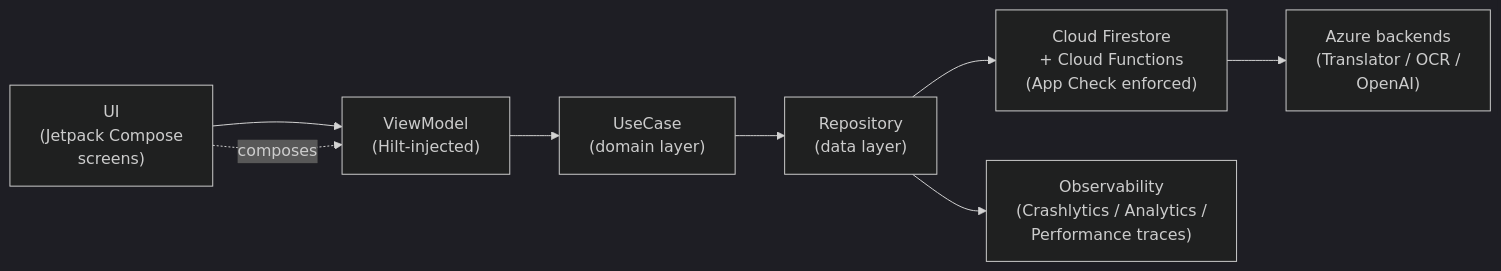
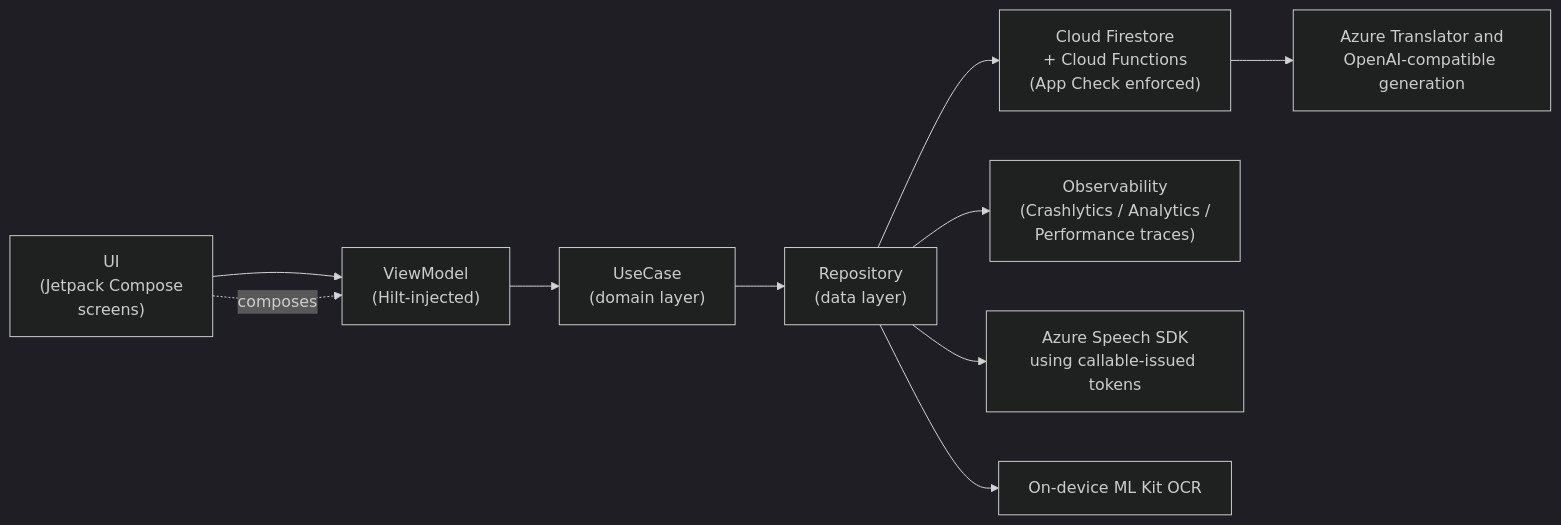
The diagram in docs/ARCHITECTURE_NOTES.md (TALMasterA/FYP), drawn with Mermaid (dark theme) before and after one commit. The commit also changed other lines of this file and 36 other files, not shown here.

````diff
--- a/docs/ARCHITECTURE_NOTES.md
+++ b/docs/ARCHITECTURE_NOTES.md
@@ -9,10 +9,12 @@
 ```mermaid
 graph LR
     UI["UI<br/>(Jetpack Compose<br/>screens)"] --> VM["ViewModel<br/>(Hilt-injected)"]
     VM --> UC["UseCase<br/>(domain layer)"]
     UC --> REPO["Repository<br/>(data layer)"]
     REPO --> FS["Cloud Firestore<br/>+ Cloud Functions<br/>(App Check enforced)"]
     REPO --> ANALYTICS["Observability<br/>(Crashlytics / Analytics /<br/>Performance traces)"]
-    FS --> AZURE["Azure backends<br/>(Translator / OCR /<br/>OpenAI)"]
+    FS --> AZURE["Azure Translator and<br/>OpenAI-compatible generation"]
+    REPO --> SPEECH["Azure Speech SDK<br/>using callable-issued tokens"]
+    REPO --> OCR["On-device ML Kit OCR"]
     UI -. composes .-> VM
 ```
````
